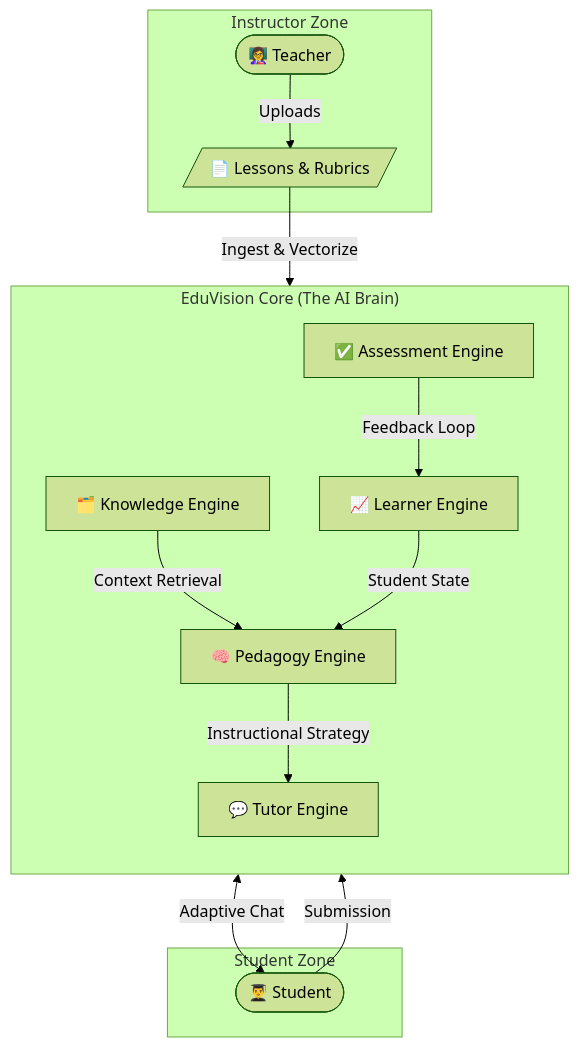
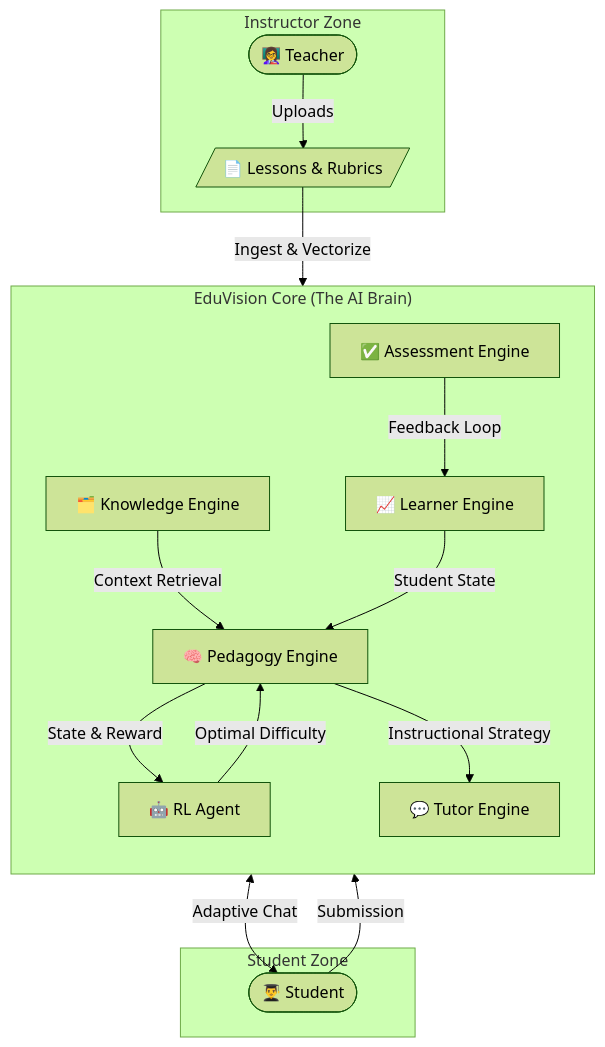
The diagram in README.md (RzayevTaleh01/intelligent-tutor-system), drawn with Mermaid (forest theme) before and after one commit. The commit also changed other lines of this file and 7 other files, not shown here.

Commit message:
integrate reinforcement learning agent for adaptive difficulty

````diff
--- a/README.md
+++ b/README.md
@@ -21,31 +21,34 @@
 ```mermaid
 graph TD
     subgraph "Instructor Zone"
         Teacher([👩‍🏫 Teacher])
         Materials[/📄 Lessons & Rubrics/]
         Teacher -->|Uploads| Materials
     end
 
     subgraph "EduVision Core (The AI Brain)"
         direction TB
         KE[🗂️ Knowledge Engine]
         PE[🧠 Pedagogy Engine]
         LE[📈 Learner Engine]
         TE[💬 Tutor Engine]
         AE[✅ Assessment Engine]
+        RL[🤖 RL Agent]
 
         Materials -->|Ingest & Vectorize| KE
         KE -->|Context Retrieval| PE
         LE -->|Student State| PE
+        PE -->|State & Reward| RL
+        RL -->|Optimal Difficulty| PE
         PE -->|Instructional Strategy| TE
         AE -->|Feedback Loop| LE
     end
 
     subgraph "Student Zone"
         Student([👨‍🎓 Student])
     end
 
     %% Wiring
     TE <-->|Adaptive Chat| Student
     Student -->|Submission| AE
 ```
````
